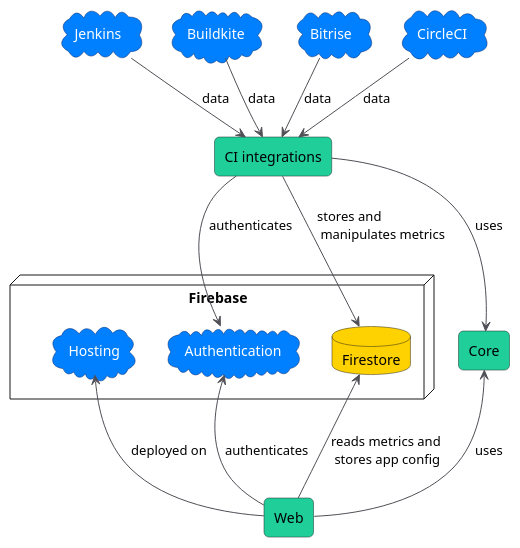
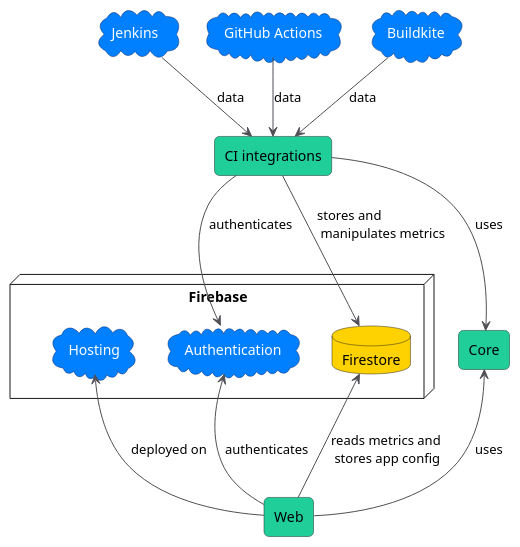
The diagram in concept_map.puml (Flank/flank-dashboard), drawn with PlantUML before and after one commit.

Commit message:
change CI tools on the diagram

```diff
--- a/concept_map.puml
+++ b/concept_map.puml
@@ -1,68 +1,65 @@
 @startuml metrics_concept_map
 
 skinparam DefaultTextAlignment left
 
 skinparam database {
     borderColor #292618
     backgroundColor #fed100
 }
 
 skinparam cloud {
     borderColor #002366
     backgroundColor #007FFF
     fontColor white
 }
 
 skinparam rectangle {
     borderColor #182b27
     backgroundColor #20ce9a
     roundCorner 10
 }
 
 skinparam ArrowColor #4f4f56
 
 cloud Jenkins
+cloud "GitHub Actions" as GA
 cloud Buildkite
-cloud Bitrise
-cloud CircleCI
 
 rectangle "CI integrations" as CI
 
 together {
     node Firebase {
         cloud Hosting
         database Firestore
         cloud Authentication
     }
 
     rectangle Core
 }
 
 rectangle Web
 
-Jenkins -[hidden]right-> Buildkite
-Buildkite -[hidden]right-> Bitrise
-Bitrise -[hidden]right-> CircleCI
+Jenkins -[hidden]right-> GA
+GA -[hidden]right-> Buildkite
 
 Jenkins -down-> CI : data
+GA -down-> CI : data
 Buildkite -down-> CI : data
-Bitrise -down-> CI : data
-CircleCI -down-> CI : data
 
 CI -down-> Firestore : stores and \l manipulates metrics
 CI -down-> Authentication : authenticates
 CI -[hidden]down-> Hosting
 
 Hosting -[hidden]right-> Authentication
 Authentication -[hidden]right-> Firestore
 
 Firebase -[hidden]right-> Core
 
 Web -up-> Firestore : reads metrics and \l stores app config
 Web -up-> Authentication : authenticates
 Web -up-> Hosting : deployed on
 
 Web --right--> Core : uses
 CI --right--> Core  : uses
 
 @enduml
```
